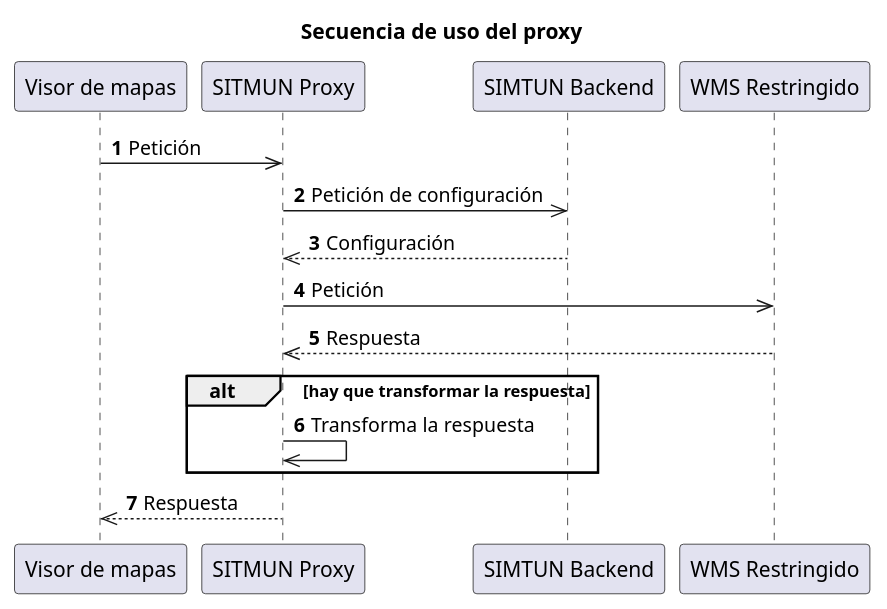
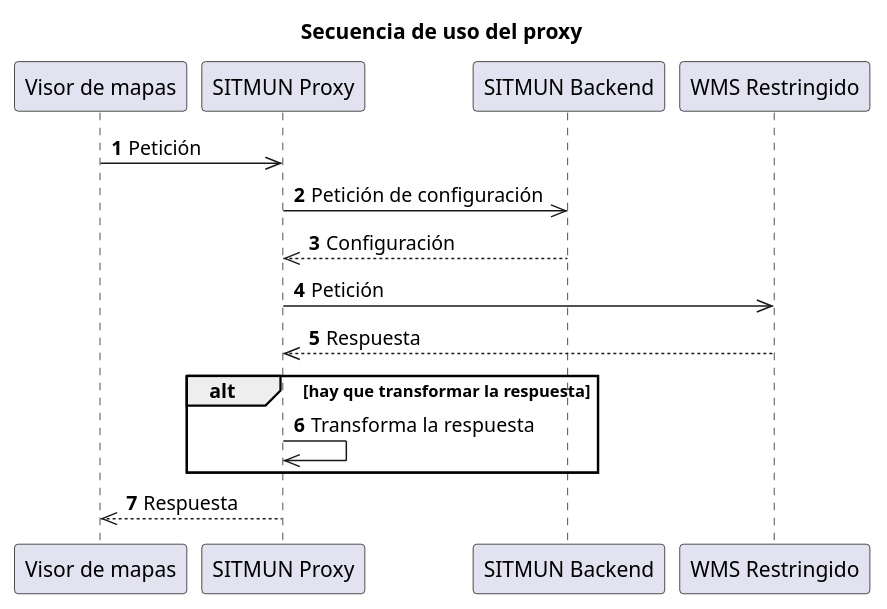
The second of 2 diagrams in docs/design.md (sitmun/sitmun.github.io), drawn with PlantUML before and after one commit. The commit also changed other lines of this file, not shown here.

````diff
--- a/docs/design.md
+++ b/docs/design.md
@@ -116,22 +129,22 @@
 ```plantuml
 @startuml
 title
     Secuencia de uso del proxy
 end title
 autonumber
 participant "Visor de mapas" as Client
 participant "SITMUN Proxy" as Proxy
-participant "SIMTUN Backend" as Backend
+participant "SITMUN Backend" as Backend
 participant "WMS Restringido" as Remoto
 
 Client->>Proxy: Petición
 Proxy->>Backend: Petición de configuración
 Backend-->>Proxy: Configuración
 Proxy->>Remoto: Petición
 Remoto-->>Proxy: Respuesta
 alt hay que transformar la respuesta
     Proxy->>Proxy: Transforma la respuesta
 end
 Proxy-->>Client: Respuesta
 @enduml
 ```
````
